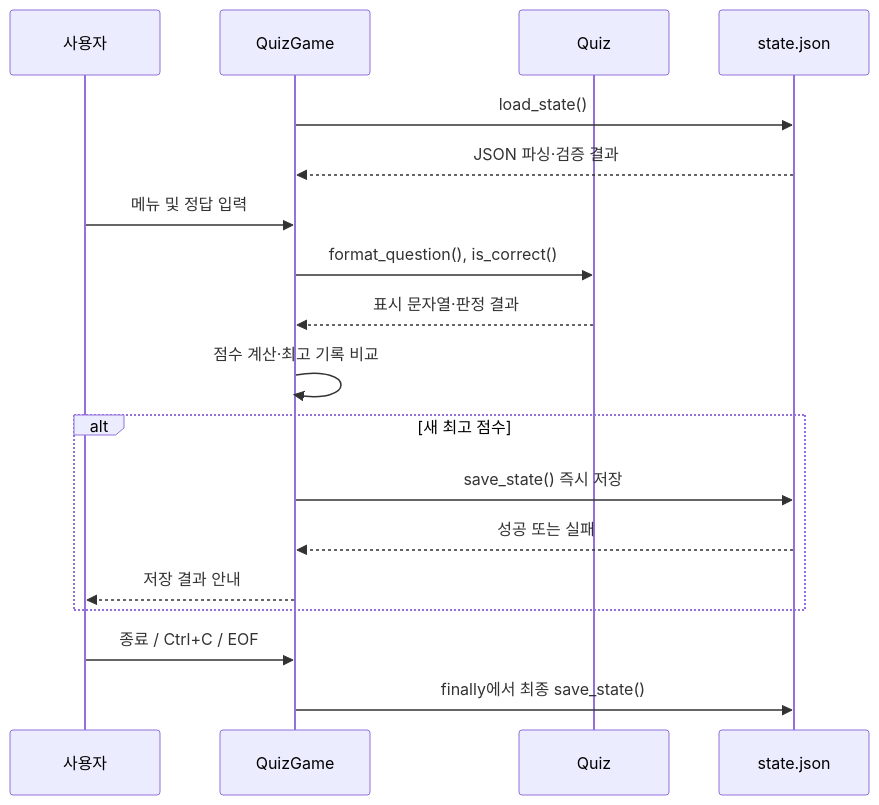
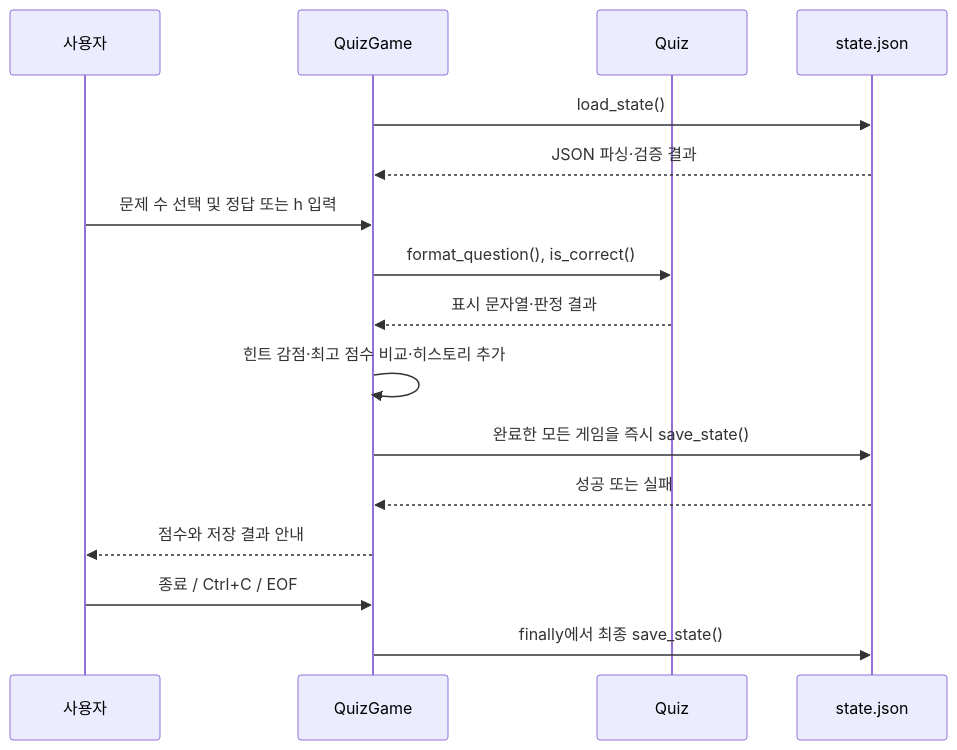
The diagram in README.md (vivleon/ia-codyssey-2), drawn with Mermaid before and after one commit. The commit also changed other lines of this file and 9 other files, not shown here.

````diff
--- a/README.md
+++ b/README.md
@@ -229,20 +255,18 @@
 ```mermaid
 sequenceDiagram
     participant U as 사용자
     participant G as QuizGame
     participant Q as Quiz
     participant F as state.json
     G->>F: load_state()
     F-->>G: JSON 파싱·검증 결과
-    U->>G: 메뉴 및 정답 입력
+    U->>G: 문제 수 선택 및 정답 또는 h 입력
     G->>Q: format_question(), is_correct()
     Q-->>G: 표시 문자열·판정 결과
-    G->>G: 점수 계산·최고 기록 비교
-    alt 새 최고 점수
-        G->>F: save_state() 즉시 저장
-        F-->>G: 성공 또는 실패
-        G-->>U: 저장 결과 안내
-    end
+    G->>G: 힌트 감점·최고 점수 비교·히스토리 추가
+    G->>F: 완료한 모든 게임을 즉시 save_state()
+    F-->>G: 성공 또는 실패
+    G-->>U: 점수와 저장 결과 안내
     U->>G: 종료 / Ctrl+C / EOF
     G->>F: finally에서 최종 save_state()
 ```
````
